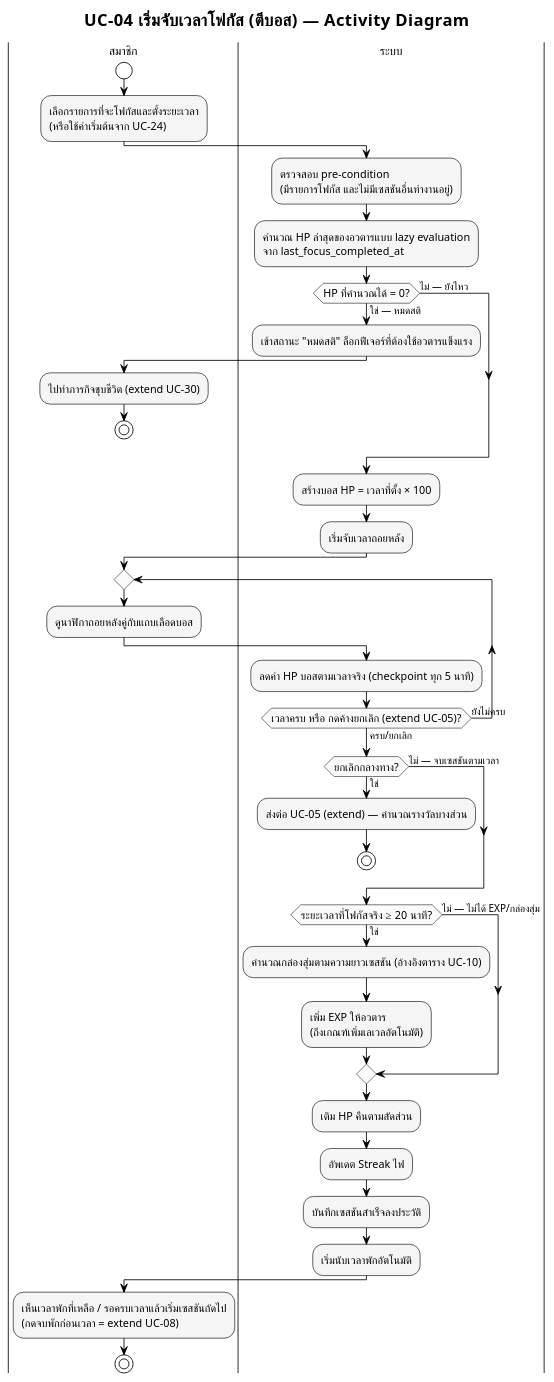
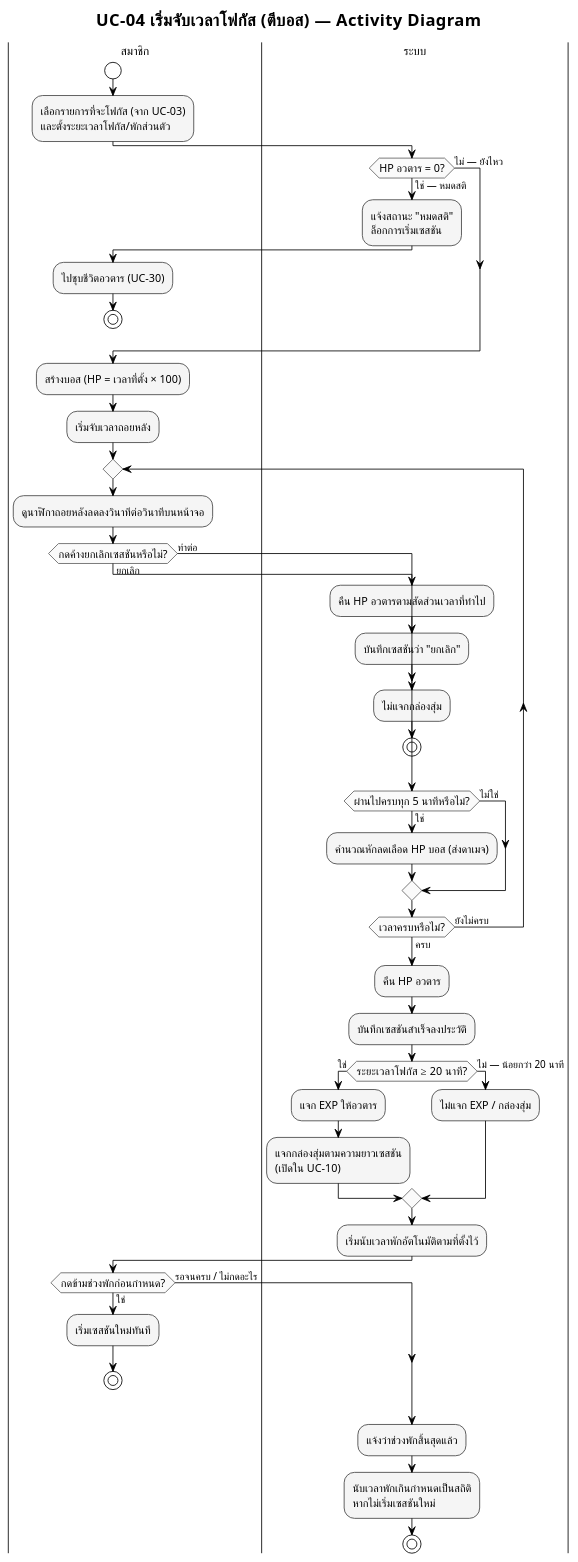
One commit to popotaroman-cloud/dssiprj-pad changed the diagram in proposal/usecase/activity_module2_uc04.puml. Above: the diagram before and after it, drawn with PlantUML. The commit also changed 23 other files, not shown here.

Commit message:
แก้ usecase_description,usecase_activity,usecase_diagram,usecase_description,ui_state_diadgram

```diff
--- a/proposal/usecase/activity_module2_uc04.puml
+++ b/proposal/usecase/activity_module2_uc04.puml
@@ -1,76 +1,86 @@
 @startuml M2_activity_เริ่มจับเวลาโฟกัส
 !pragma layout smetana
 skinparam defaultFontName "TH Sarabun New"
 skinparam defaultFontSize 14
 
 !theme plain
 skinparam titleFontName "TH Sarabun New"
 skinparam titleFontSize 20
 skinparam noteFontName "TH Sarabun New"
 skinparam ArrowFontName "TH Sarabun New"
 skinparam ArrowFontSize 12
 skinparam swimlaneTitleFontName "TH Sarabun New"
 skinparam swimlaneTitleFontSize 14
 
 skinparam activity {
   BackgroundColor #F5F5F5
   BorderColor #424242
   FontName "TH Sarabun New"
   FontSize 13
   DiamondBackgroundColor #FAFAFA
   DiamondBorderColor #616161
 }
 
 title UC-04 เริ่มจับเวลาโฟกัส (ตีบอส) — Activity Diagram
 
 |สมาชิก|
 start
-:เลือกรายการที่จะโฟกัสและตั้งระยะเวลา\n(หรือใช้ค่าเริ่มต้นจาก UC-24);
+:เลือกรายการที่จะโฟกัส (จาก UC-03)\nและตั้งระยะเวลาโฟกัส/พักส่วนตัว;
 
 |ระบบ|
-:ตรวจสอบ pre-condition\n(มีรายการโฟกัส และไม่มีเซสชันอื่นทำงานอยู่);
-:คำนวณ HP ล่าสุดของอวตารแบบ lazy evaluation\nจาก last_focus_completed_at;
-
-if (HP ที่คำนวณได้ = 0?) then (ใช่ — หมดสติ)
-  :เข้าสถานะ "หมดสติ" ล็อกฟีเจอร์ที่ต้องใช้อวตารแข็งแรง;
+if (HP อวตาร = 0?) then (ใช่ — หมดสติ)
+  :แจ้งสถานะ "หมดสติ"\nล็อกการเริ่มเซสชัน;
   |สมาชิก|
-  :ไปทำภารกิจชุบชีวิต (extend UC-30);
+  :ไปชุบชีวิตอวตาร (UC-30);
   stop
 else (ไม่ — ยังไหว)
 endif
 
-|ระบบ|
-:สร้างบอส HP = เวลาที่ตั้ง × 100;
+:สร้างบอส (HP = เวลาที่ตั้ง × 100);
 :เริ่มจับเวลาถอยหลัง;
 
 |สมาชิก|
 repeat
-  :ดูนาฬิกาถอยหลังคู่กับแถบเลือดบอส;
+  :ดูนาฬิกาถอยหลังลดลงวินาทีต่อวินาทีบนหน้าจอ;
+  if (กดค้างยกเลิกเซสชันหรือไม่?) then (ยกเลิก)
+    |ระบบ|
+    :คืน HP อวตารตามสัดส่วนเวลาที่ทำไป;
+    :บันทึกเซสชันว่า "ยกเลิก";
+    :ไม่แจกกล่องสุ่ม;
+    stop
+  else (ทำต่อ)
+  endif
   |ระบบ|
-  :ลดค่า HP บอสตามเวลาจริง (checkpoint ทุก 5 นาที);
-repeat while (เวลาครบ หรือ กดค้างยกเลิก (extend UC-05)?) is (ยังไม่ครบ) not (ครบ/ยกเลิก)
+  if (ผ่านไปครบทุก 5 นาทีหรือไม่?) then (ใช่)
+    :คำนวณหักลดเลือด HP บอส (ส่งดาเมจ);
+  else (ไม่ใช่)
+  endif
+repeat while (เวลาครบหรือไม่?) is (ยังไม่ครบ) not (ครบ)
 
-if (ยกเลิกกลางทาง?) then (ใช่)
-  :ส่งต่อ UC-05 (extend) — คำนวณรางวัลบางส่วน;
-  stop
-else (ไม่ — จบเซสชันตามเวลา)
+|ระบบ|
+:คืน HP อวตาร;
+:บันทึกเซสชันสำเร็จลงประวัติ;
+
+if (ระยะเวลาโฟกัส ≥ 20 นาที?) then (ใช่)
+  :แจก EXP ให้อวตาร;
+  :แจกกล่องสุ่มตามความยาวเซสชัน\n(เปิดใน UC-10);
+else (ไม่ — น้อยกว่า 20 นาที)
+  :ไม่แจก EXP / กล่องสุ่ม;
 endif
 
-if (ระยะเวลาที่โฟกัสจริง ≥ 20 นาที?) then (ใช่)
-  :คำนวณกล่องสุ่มตามความยาวเซสชัน (อ้างอิงตาราง UC-10);
-  :เพิ่ม EXP ให้อวตาร\n(ถึงเกณฑ์เพิ่มเลเวลอัตโนมัติ);
+:เริ่มนับเวลาพักอัตโนมัติตามที่ตั้งไว้;
 
-else (ไม่ — ไม่ได้ EXP/กล่องสุ่ม)
+|สมาชิก|
+if (กดข้ามช่วงพักก่อนกำหนด?) then (ใช่)
+  :เริ่มเซสชันใหม่ทันที;
+  stop
+else (รอจนครบ / ไม่กดอะไร)
 endif
 
-:เติม HP คืนตามสัดส่วน;
-:อัพเดต Streak ไฟ;
-:บันทึกเซสชันสำเร็จลงประวัติ;
-:เริ่มนับเวลาพักอัตโนมัติ;
-
-|สมาชิก|
-:เห็นเวลาพักที่เหลือ / รอครบเวลาแล้วเริ่มเซสชันถัดไป\n(กดจบพักก่อนเวลา = extend UC-08);
+|ระบบ|
+:แจ้งว่าช่วงพักสิ้นสุดแล้ว;
+:นับเวลาพักเกินกำหนดเป็นสถิติ\nหากไม่เริ่มเซสชันใหม่;
 
 stop
 
 @enduml
```
